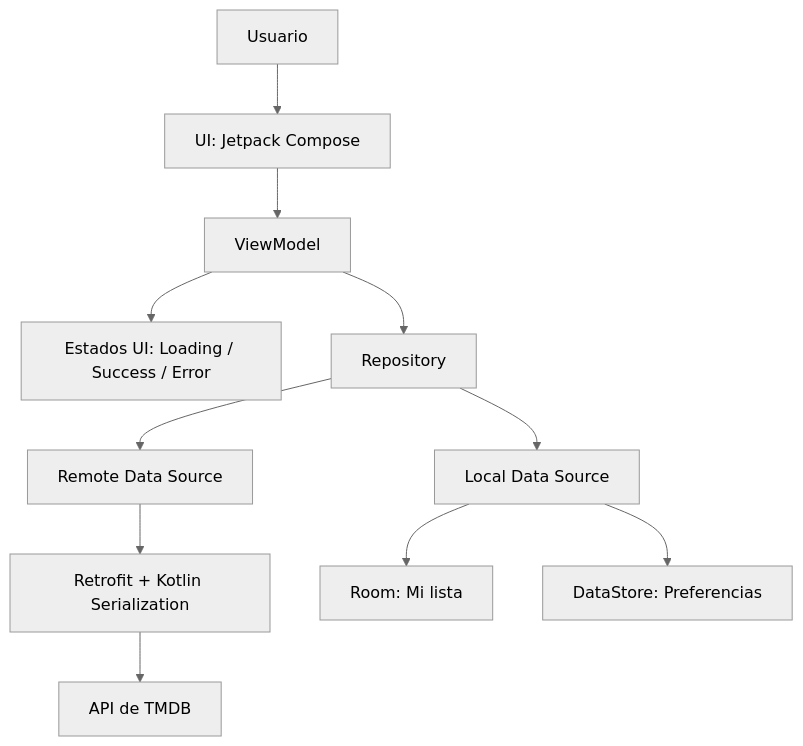
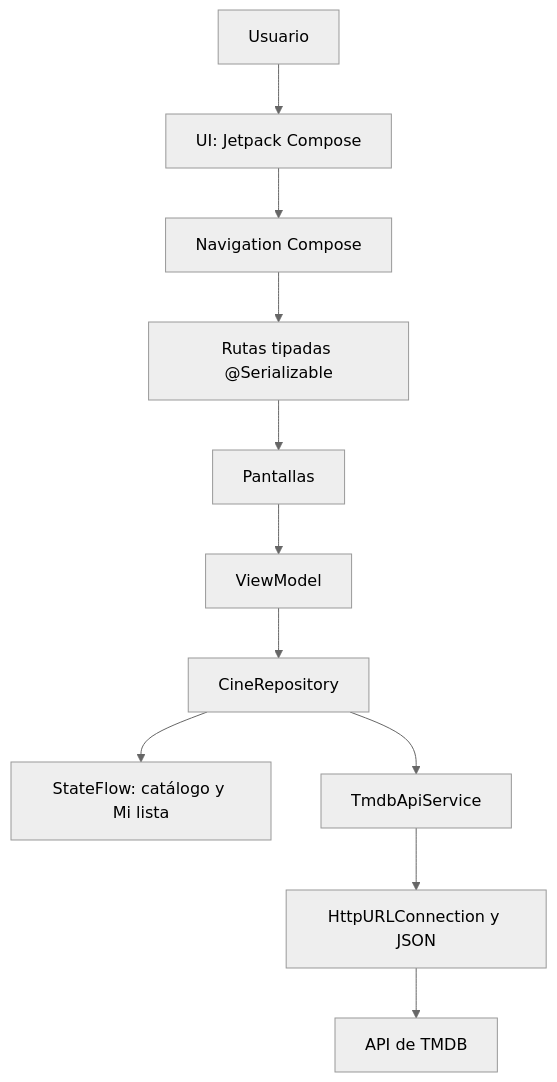
One commit to andresfelipealvarezrr-ship-it/Android-desing-CineMora changed the second of 2 diagrams in README.md. Above: the diagram before and after it, drawn with Mermaid (neutral theme). The commit also changed 4 other files, not shown here.

````diff
--- a/README.md
+++ b/README.md
@@ -66,16 +70,13 @@
 ```mermaid
 flowchart TD
     A[Usuario] --> B[UI: Jetpack Compose]
-    B --> C[ViewModel]
-    C --> D[Estados UI: Loading / Success / Error]
-    C --> E[Repository]
-
-    E --> F[Remote Data Source]
-    E --> G[Local Data Source]
-
-    F --> H[Retrofit + Kotlin Serialization]
-    H --> I[API de TMDB]
-
-    G --> J[Room: Mi lista]
-    G --> K[DataStore: Preferencias]
+    B --> C[Navigation Compose]
+    C --> D[Rutas tipadas @Serializable]
+    D --> E[Pantallas]
+    E --> F[ViewModel]
+    F --> G[CineRepository]
+    G --> H[StateFlow: catálogo y Mi lista]
+    G --> I[TmdbApiService]
+    I --> J[HttpURLConnection y JSON]
+    J --> K[API de TMDB]
 ```
````
